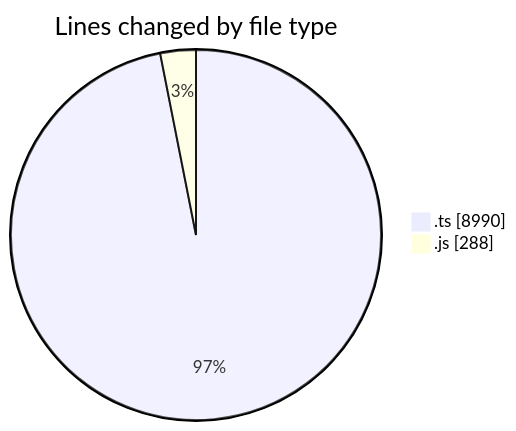
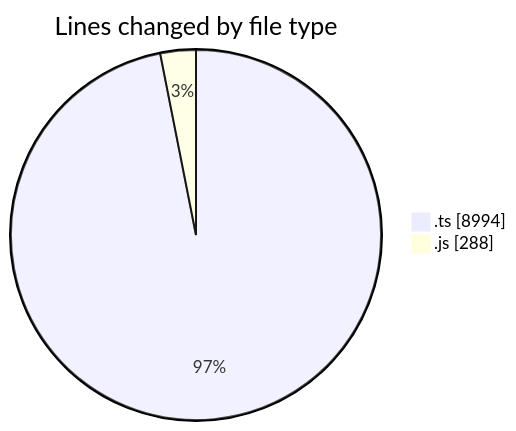
Before and after one commit to momahboobian/code-tracking: the first of 2 diagrams in 2025-05-28/cda/README.md, drawn with Mermaid. The commit also changed other lines of this file and 1 other file, not shown here.

````diff
--- a/2025-05-28/cda/README.md
+++ b/2025-05-28/cda/README.md
@@ -25,6 +25,6 @@
 ```mermaid
 pie showData
 title Lines changed by file type
-".ts" : 8990
+".ts" : 8994
 ".js" : 288
 ```
````
